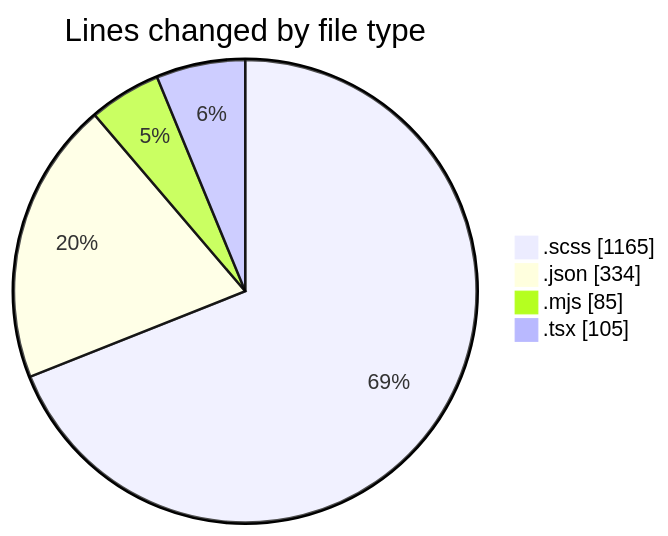
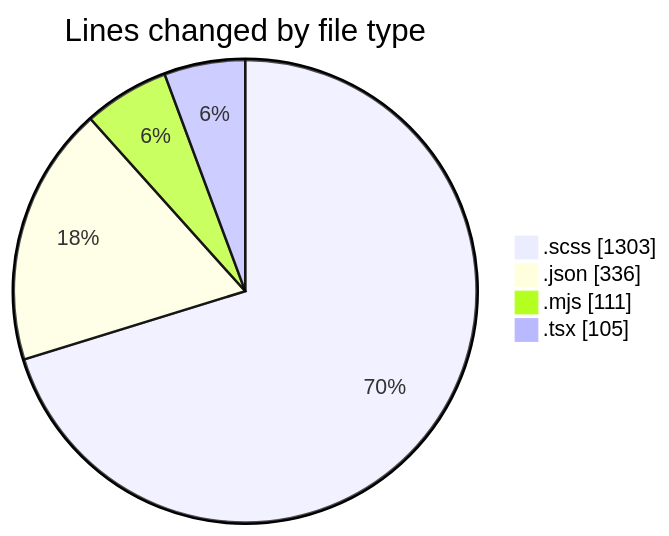
One commit to momahboobian/code-tracking changed the first of 2 diagrams in 2026-01-27/cda/README.md. Above: the diagram before and after it, drawn with Mermaid. The commit also changed other lines of this file and 1 other file, not shown here.

````diff
--- a/2026-01-27/cda/README.md
+++ b/2026-01-27/cda/README.md
@@ -29,8 +30,8 @@
 ```mermaid
 pie showData
 title Lines changed by file type
-".scss" : 1165
-".json" : 334
-".mjs" : 85
+".scss" : 1303
+".json" : 336
+".mjs" : 111
 ".tsx" : 105
 ```
````
